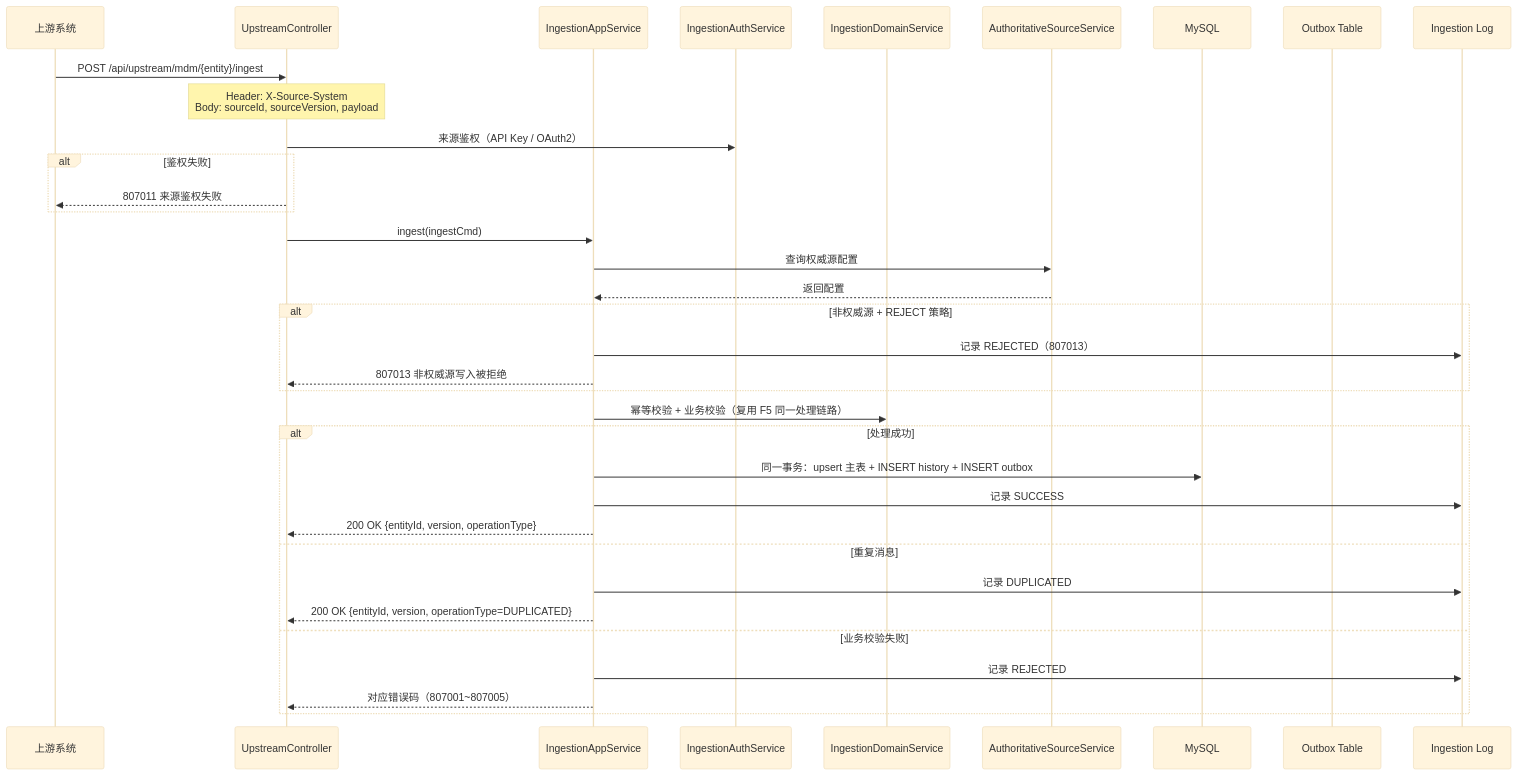
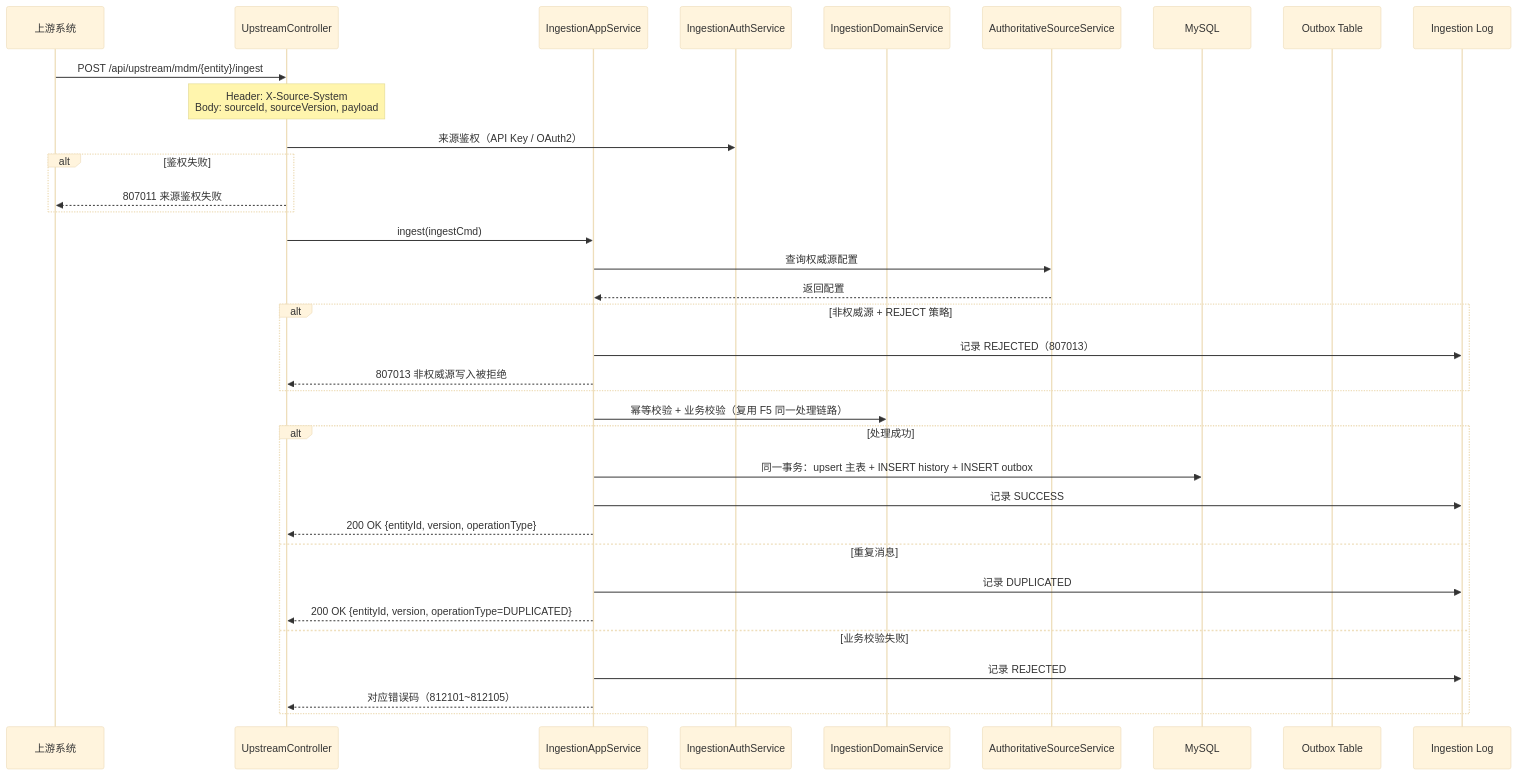
One commit to hwyzleo/iov-cloud-edd-mdm changed the seventh of 12 diagrams in specs/mdm/design.md. Above: the diagram before and after it, drawn with Mermaid (base theme). The commit also changed other lines of this file and 68 other files, not shown here.

````diff
--- a/specs/mdm/design.md
+++ b/specs/mdm/design.md
@@ -1850,44 +1850,44 @@
 ```mermaid
 sequenceDiagram
     participant Upstream as 上游系统
     participant API as UpstreamController
     participant App as IngestionAppService
     participant Auth as IngestionAuthService
     participant Domain as IngestionDomainService
     participant Config as AuthoritativeSourceService
     participant DB as MySQL
     participant Outbox as Outbox Table
     participant Log as Ingestion Log
     
     Upstream->>API: POST /api/upstream/mdm/{entity}/ingest
     Note over API: Header: X-Source-System<br/>Body: sourceId, sourceVersion, payload
     
     API->>Auth: 来源鉴权（API Key / OAuth2）
     alt 鉴权失败
         API-->>Upstream: 807011 来源鉴权失败
     end
     
     API->>App: ingest(ingestCmd)
     
     App->>Config: 查询权威源配置
     Config-->>App: 返回配置
     
     alt 非权威源 + REJECT 策略
         App->>Log: 记录 REJECTED（807013）
         App-->>API: 807013 非权威源写入被拒绝
     end
     
     App->>Domain: 幂等校验 + 业务校验（复用 F5 同一处理链路）
     
     alt 处理成功
         App->>DB: 同一事务：upsert 主表 + INSERT history + INSERT outbox
         App->>Log: 记录 SUCCESS
         App-->>API: 200 OK {entityId, version, operationType}
     else 重复消息
         App->>Log: 记录 DUPLICATED
         App-->>API: 200 OK {entityId, version, operationType=DUPLICATED}
     else 业务校验失败
         App->>Log: 记录 REJECTED
-        App-->>API: 对应错误码（807001~807005）
+        App-->>API: 对应错误码（812101~812105）
     end
 ```
````
